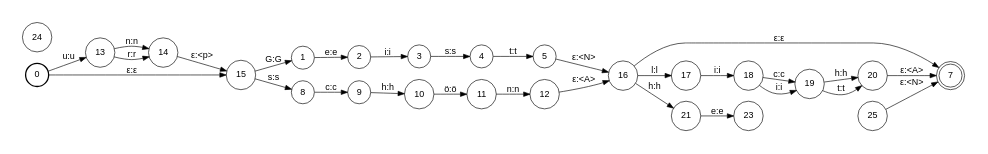
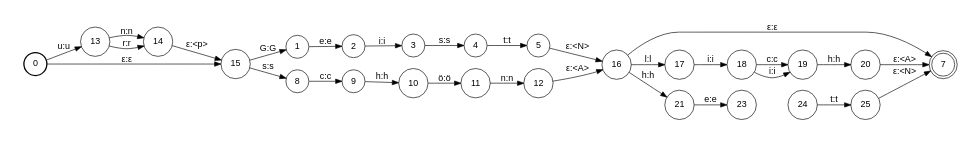
One commit to deutschestextarchiv/DWDS-Workshop-2018 changed the diagram in figures/morph_ex4.dot. Above: the diagram before and after it, drawn with Graphviz. The commit also changed 6 other files, not shown here.

```diff
--- a/figures/morph_ex4.dot
+++ b/figures/morph_ex4.dot
@@ -1,72 +1,72 @@
 digraph FSM {
   graph [
     rankdir = LR
     size = "5.0,5.0"
     fontsize = 14
     label = ""
     nodesep = "0.250000"
     ranksep = "0.400000"
     center = 1
   ];
   node [ 
     fontname="Helvetica"
     fontsize=14
   ];
   edge [ 
     fontname="Helvetica"
     fontsize=14
   ];
 
 0 [label = "0", shape = circle, style = bold]
   0 -> 13 [label = "u:u"] 
   0 -> 15 [label = "ε:ε"]
 15 [label = "15", shape = circle, style = solid]
   15 -> 1 [label = "G:G"]
   15 -> 8 [label = "s:s"]
 1 [label = "1", shape = circle, style = solid]
   1 -> 2 [label = "e:e"]
 2 [label = "2", shape = circle, style = solid]
   2 -> 3 [label = "i:i"]
 3 [label = "3", shape = circle, style = solid]
   3 -> 4 [label = "s:s"]
 4 [label = "4", shape = circle, style = solid]
   4 -> 5 [label = "t:t"]
 5 [label = "5", shape = circle, style = solid]
   5 -> 16 [label = "ε:<N>"]
 7 [label = "7", shape = doublecircle, style = solid]
 8 [label = "8", shape = circle, style = solid]
   8 -> 9 [label = "c:c"]
 9 [label = "9", shape = circle, style = solid]
   9 -> 10 [label = "h:h"]
 10 [label = "10", shape = circle, style = solid]
   10 -> 11 [label = "ö:ö"]
 11 [label = "11", shape = circle, style = solid]
   11 -> 12 [label = "n:n"]
 12 [label = "12", shape = circle, style = solid]
   12 -> 16 [label = "ε:<A>"]
 13 [label = "13", shape = circle, style = solid]
   13 -> 14 [label = "n:n"]
   13 -> 14 [label = "r:r"]
 14 [label = "14", shape = circle, style = solid]
   14 -> 15 [label = "ε:<p>"]
 16 [label = "16", shape = circle, style = solid]
   16 -> 7 [label = "ε:ε"]
   16 -> 17 [label = "l:l"] 
   16 -> 21 [label = "h:h"] 
 17 [label = "17", shape = circle, style = solid]
   17 -> 18 [label = "i:i"] 
 18 [label = "18", shape = circle, style = solid]
   18 -> 19 [label = "c:c"] 
 19 [label = "19", shape = circle, style = solid]
   19 -> 20 [label = "h:h"] 
 20 [label = "20", shape = circle, style = solid]
   20 -> 7 [label = "ε:<A>"]
 21 [label = "21", shape = circle, style = solid]
   21 -> 22 [label = "e:e"] 
 22 [label = "23", shape = circle, style = solid]
   18 -> 19 [label = "i:i"] 
 24 [label = "24", shape = circle, style = solid]
-  19 -> 20 [label = "t:t"] 
+  24 -> 25 [label = "t:t"] 
 25 [label = "25", shape = circle, style = solid]
   25 -> 7 [label = "ε:<N>"]
 }
```
